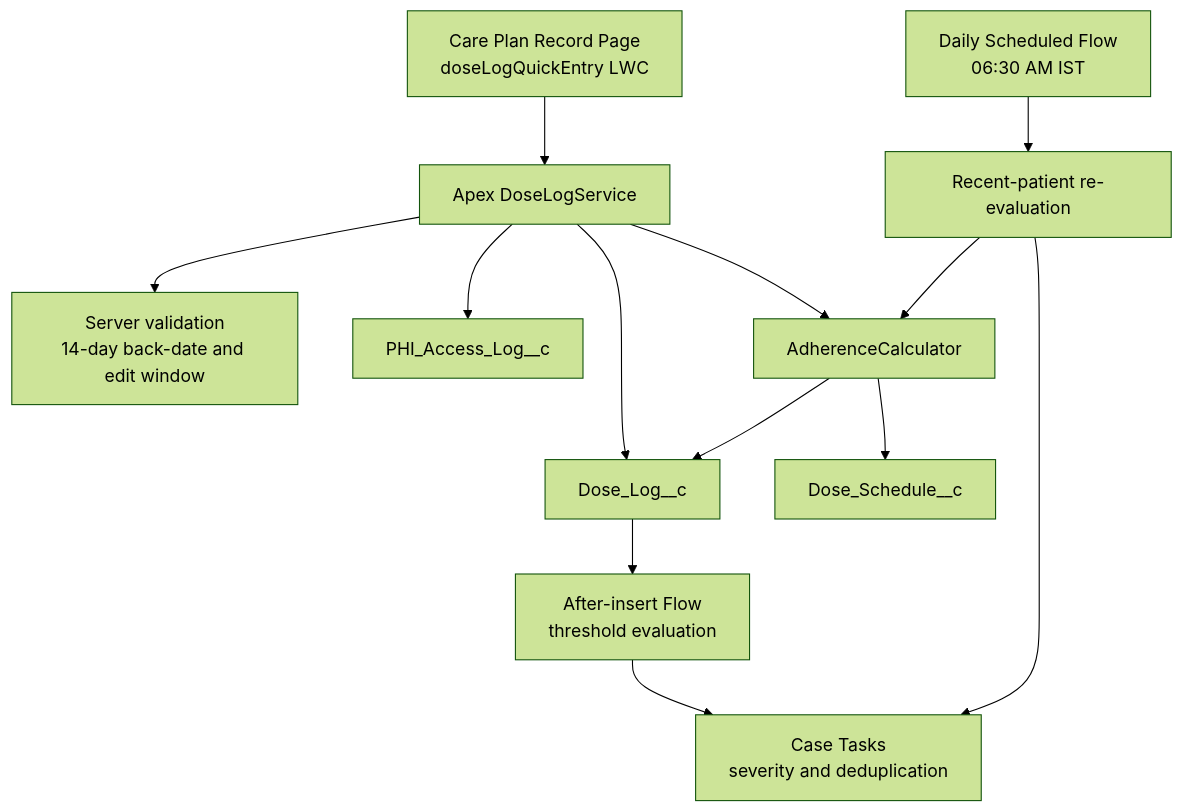
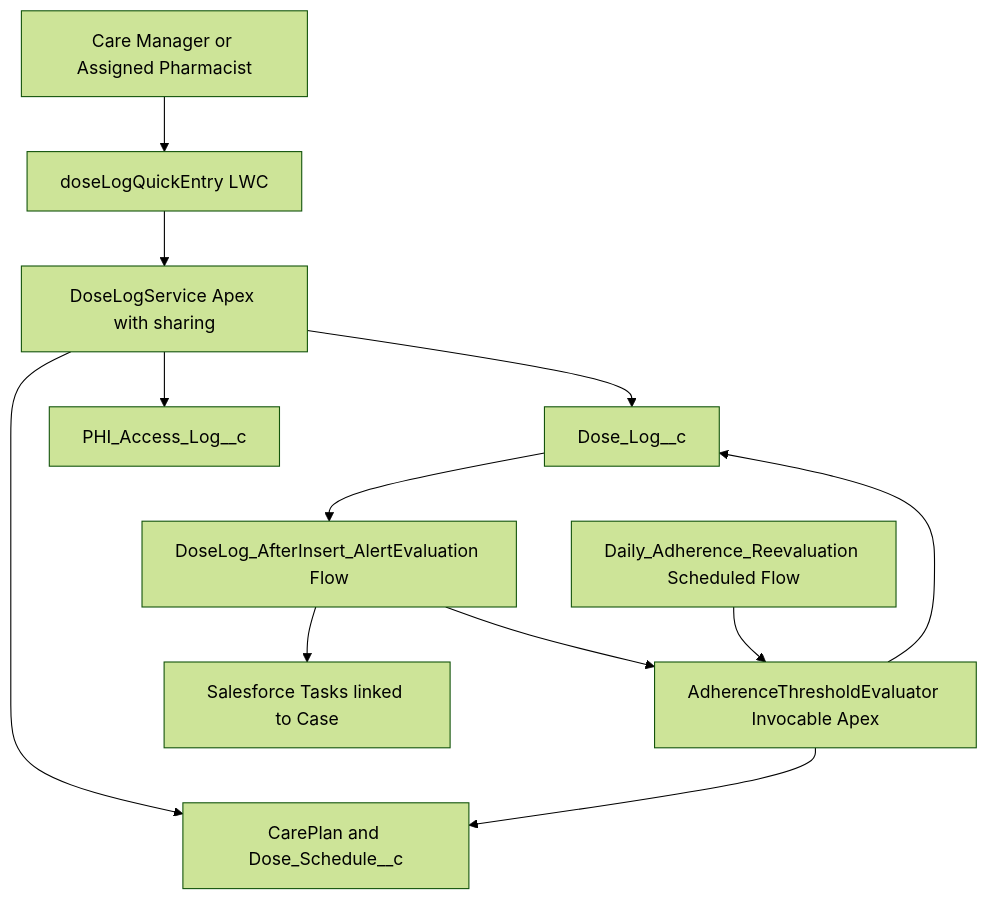
Before and after one commit to harshmehra-coforge/Test: the diagram in docs/PLAN.md, drawn with Mermaid (forest theme). The commit also changed other lines of this file, not shown here.

Commit message:
Add approved missed-dose adherence build plan

````diff
--- a/docs/PLAN.md
+++ b/docs/PLAN.md
@@ -159,15 +106,14 @@
 ```mermaid
-flowchart TD
-    UI[Care Plan Record Page<br/>doseLogQuickEntry LWC] --> SVC[Apex DoseLogService]
-    SVC --> VALIDATE[Server validation<br/>14-day back-date and edit window]
-    SVC --> DL[Dose_Log__c]
-    SVC --> AUDIT[PHI_Access_Log__c]
-    SVC --> CALC[AdherenceCalculator]
-    CALC --> SCHEDULE[Dose_Schedule__c]
-    CALC --> DL
-    DL --> AFTER[After-insert Flow<br/>threshold evaluation]
-    AFTER --> TASK[Case Tasks<br/>severity and deduplication]
-    DAILY[Daily Scheduled Flow<br/>06:30 AM IST] --> REEVAL[Recent-patient re-evaluation]
-    REEVAL --> CALC
-    REEVAL --> TASK
+graph TD
+  U[Care Manager or Assigned Pharmacist] --> LWC[doseLogQuickEntry LWC]
+  LWC --> S[DoseLogService Apex with sharing]
+  S --> CP[CarePlan and Dose_Schedule__c]
+  S --> DL[Dose_Log__c]
+  S --> AUD[PHI_Access_Log__c]
+  DL --> F1[DoseLog_AfterInsert_AlertEvaluation Flow]
+  F1 --> E[AdherenceThresholdEvaluator Invocable Apex]
+  F1 --> T[Salesforce Tasks linked to Case]
+  SF[Daily_Adherence_Reevaluation Scheduled Flow] --> E
+  E --> CP
+  E --> DL
 ```
````
